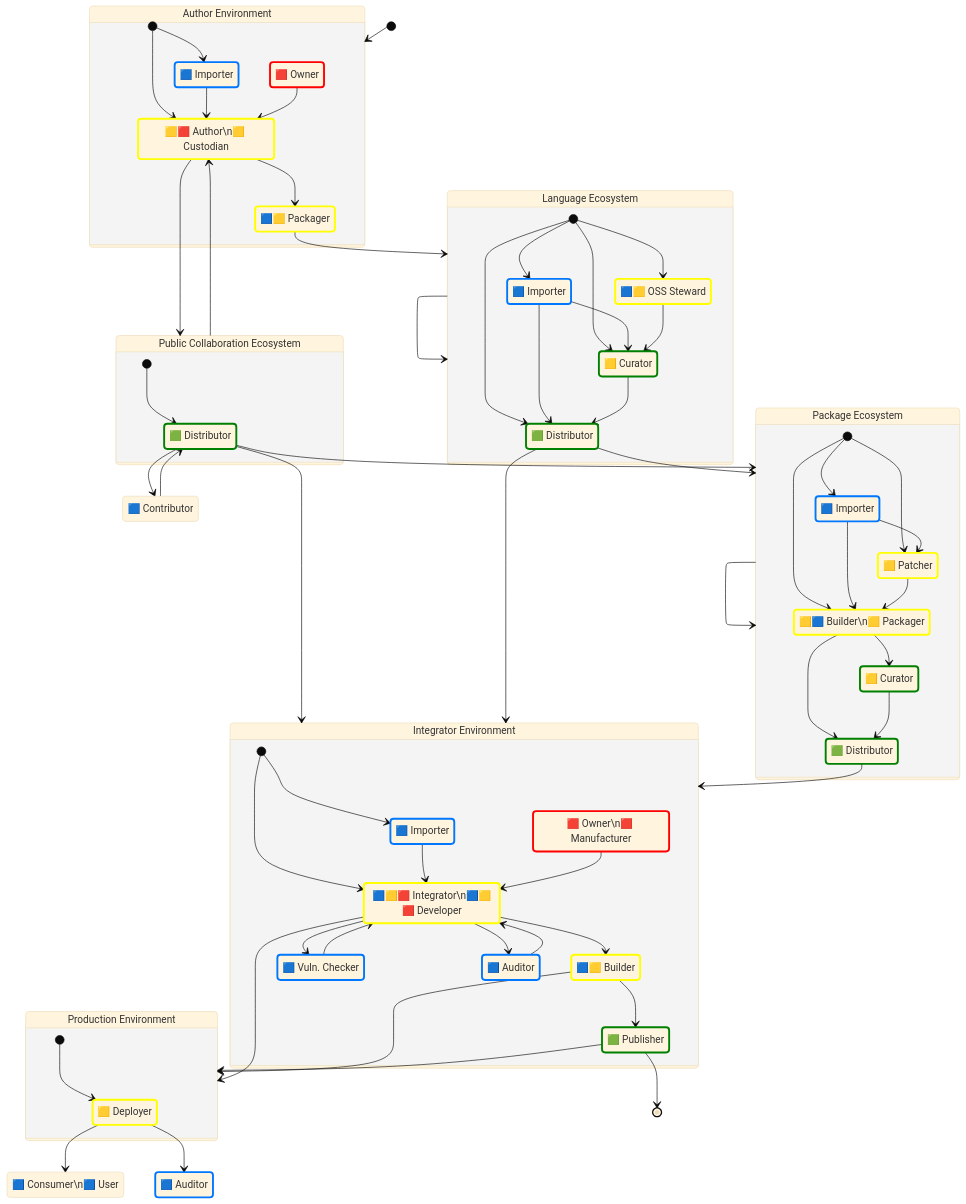
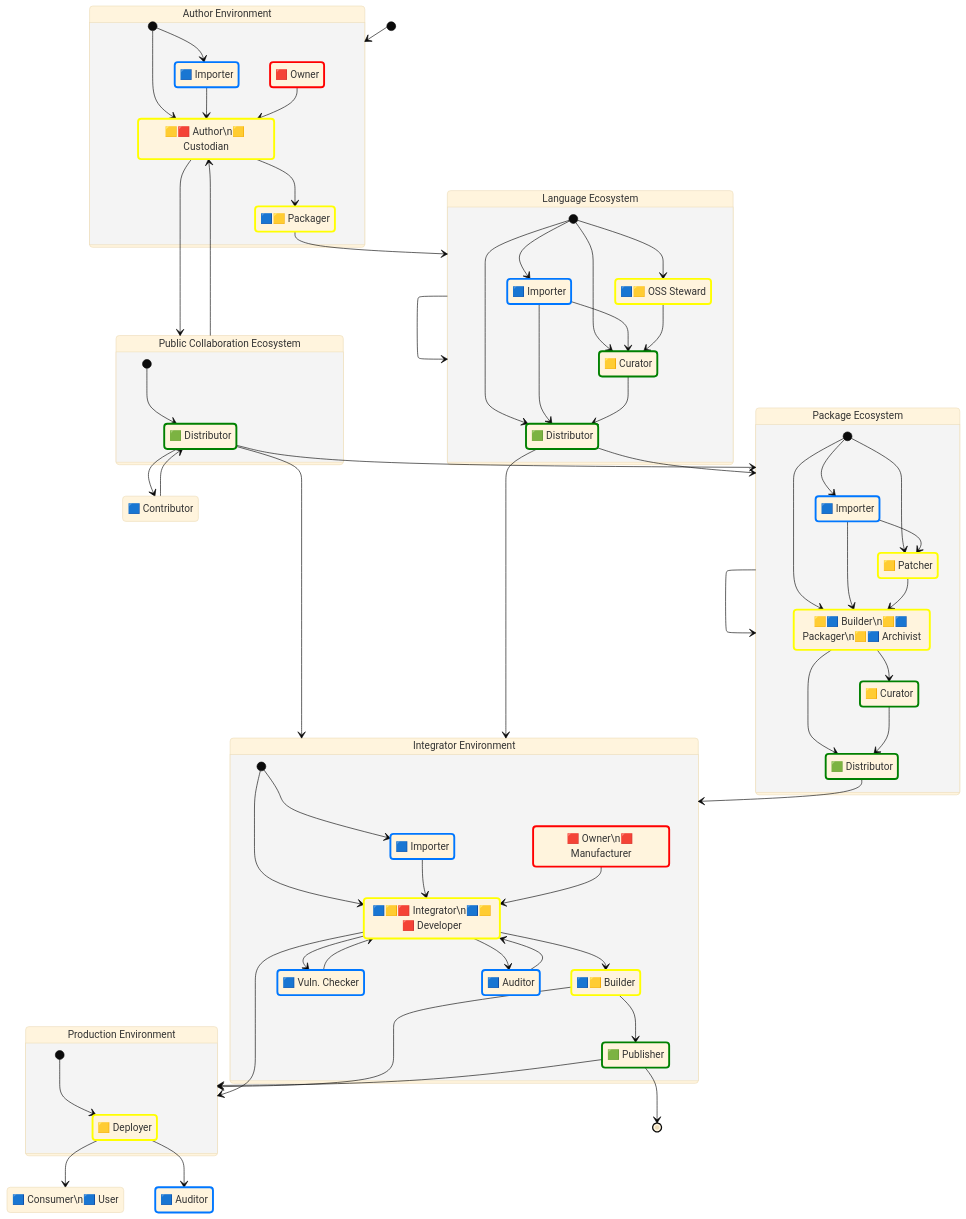
One commit to CPAN-Security/security.metacpan.org changed the second of 3 diagrams in docs/supplychain-sbom.md. Above: the diagram before and after it, drawn with Mermaid (base theme). The commit also changed other lines of this file, not shown here.

Commit message:
Add initial section for 'Archivist', a role that creates container images.

```diff
--- a/docs/supplychain-sbom.md
+++ b/docs/supplychain-sbom.md
@@ -182,7 +182,7 @@
     state "🟦 Contributor" as contributor
     state "🟦 Importer" as package_importer
     state "🟨 Patcher" as package_patcher
-    state "🟨🟦 Builder\n🟨 Packager" as package_packager
+    state "🟨🟦 Builder\n🟨🟦 Packager\n🟨🟦 Archivist" as package_packager
     state "🟨 Curator" as package_curator
     state "🟩 Distributor" as package_distributor
     state "🟦 Importer" as integrator_importer
```
